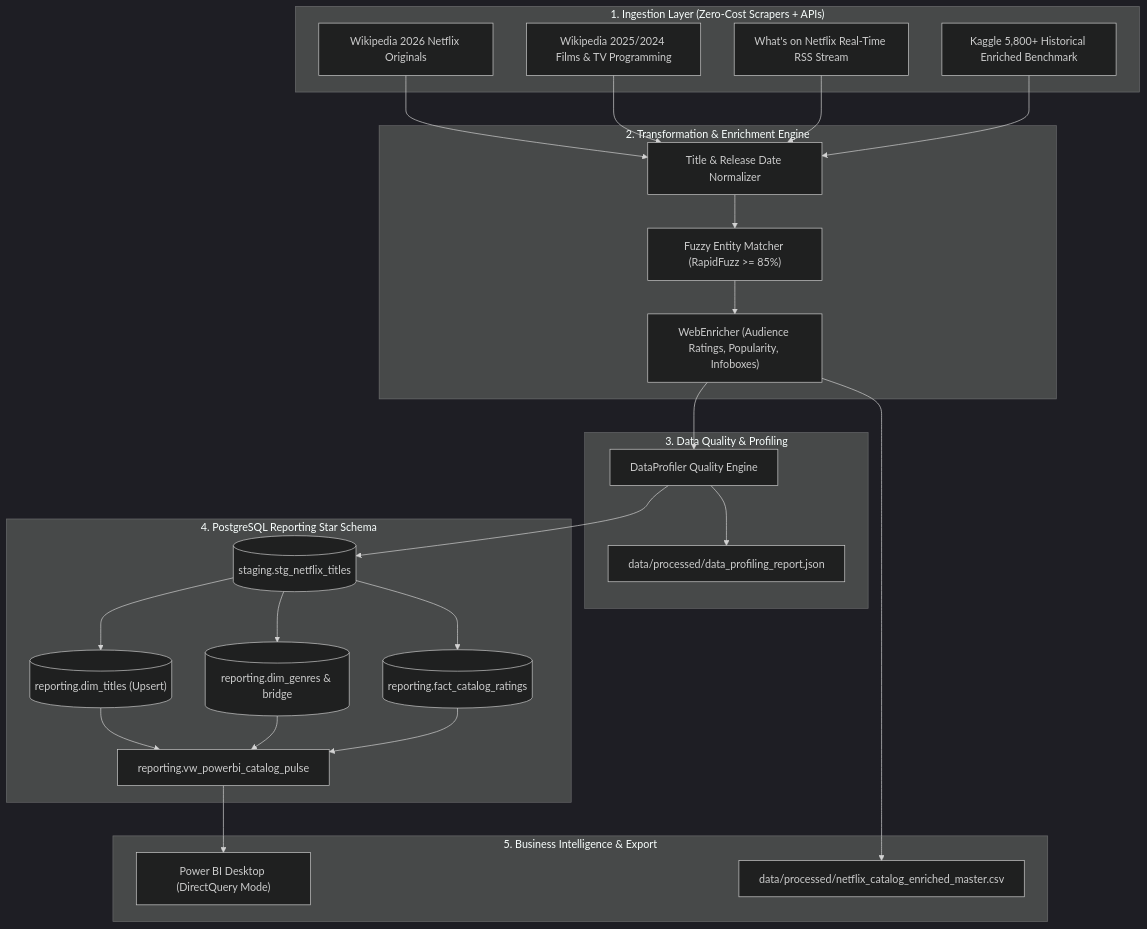
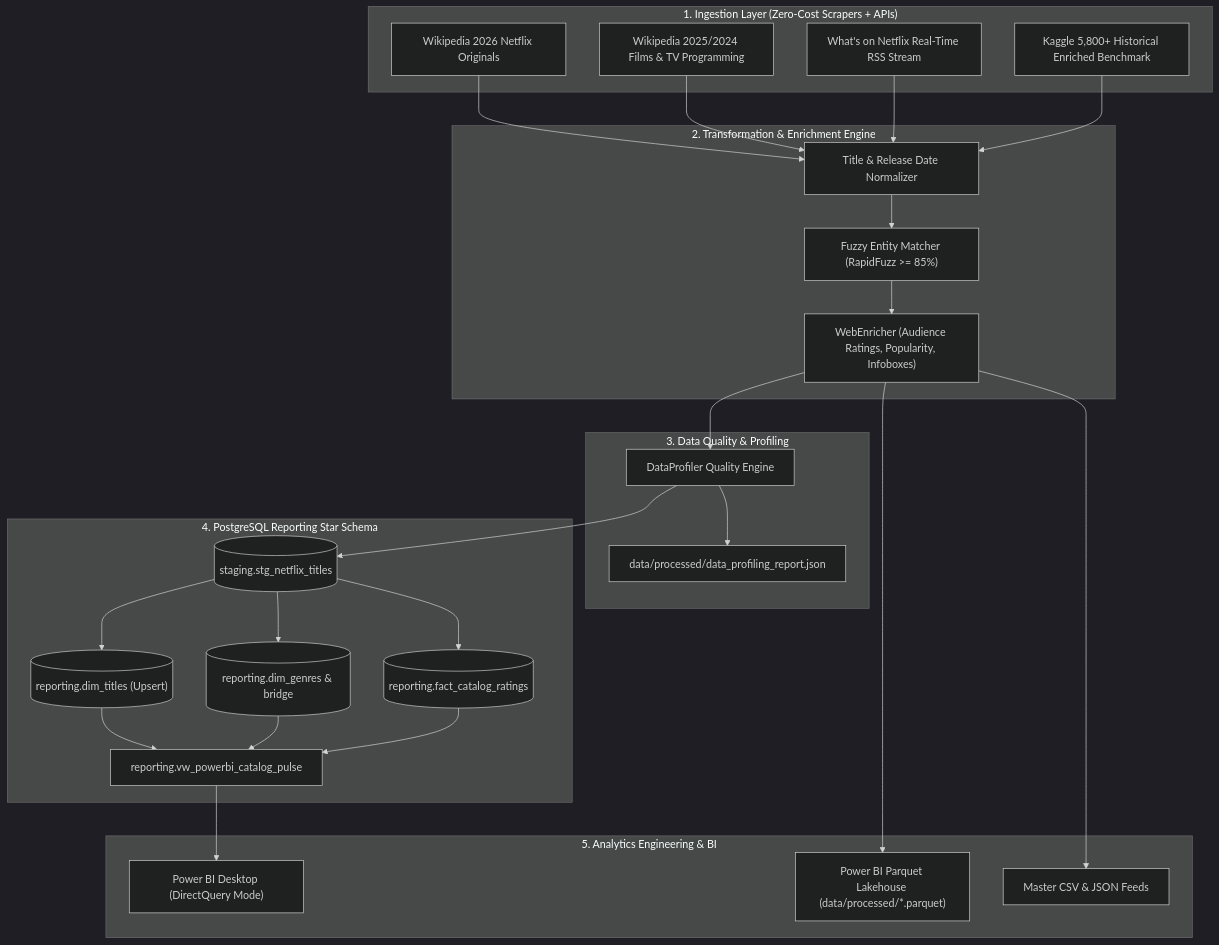
Before and after one commit to Sohila-Khaled-Abbas/streampulse: the diagram in README.md, drawn with Mermaid (dark theme). The commit also changed other lines of this file and 8 other files, not shown here.

First line of the commit message:
feat(export): add columnar Parquet lakehouse export for Power BI analytics engineering

````diff
--- a/README.md
+++ b/README.md
@@ -67,42 +67,43 @@
 ```mermaid
 flowchart TD
     subgraph Sources["1. Ingestion Layer (Zero-Cost Scrapers + APIs)"]
         A1["Wikipedia 2026 Netflix Originals"]
         A2["Wikipedia 2025/2024 Films & TV Programming"]
         A3["What's on Netflix Real-Time RSS Stream"]
         A4["Kaggle 5,800+ Historical Enriched Benchmark"]
     end
 
     subgraph Processing["2. Transformation & Enrichment Engine"]
         B1["Title & Release Date Normalizer"]
         B2["Fuzzy Entity Matcher (RapidFuzz >= 85%)"]
         B3["WebEnricher (Audience Ratings, Popularity, Infoboxes)"]
     end
 
     subgraph Profiling["3. Data Quality & Profiling"]
         C1["DataProfiler Quality Engine"]
         C2["data/processed/data_profiling_report.json"]
     end
 
     subgraph Warehouse["4. PostgreSQL Reporting Star Schema"]
         D1[("staging.stg_netflix_titles")]
         D2[("reporting.dim_titles (Upsert)")]
         D3[("reporting.dim_genres & bridge")]
         D4[("reporting.fact_catalog_ratings")]
         D5["reporting.vw_powerbi_catalog_pulse"]
     end
 
-    subgraph BI["5. Business Intelligence & Export"]
+    subgraph BI["5. Analytics Engineering & BI"]
         E1["Power BI Desktop (DirectQuery Mode)"]
-        E2["data/processed/netflix_catalog_enriched_master.csv"]
+        E2["Power BI Parquet Lakehouse (data/processed/*.parquet)"]
+        E3["Master CSV & JSON Feeds"]
     end
 
     A1 & A2 & A3 & A4 --> B1
     B1 --> B2 --> B3
     B3 --> C1 --> C2
     C1 --> D1
     D1 --> D2 & D3 & D4
     D2 & D3 & D4 --> D5
     D5 --> E1
-    B3 --> E2
+    B3 --> E2 & E3
 ```
````
